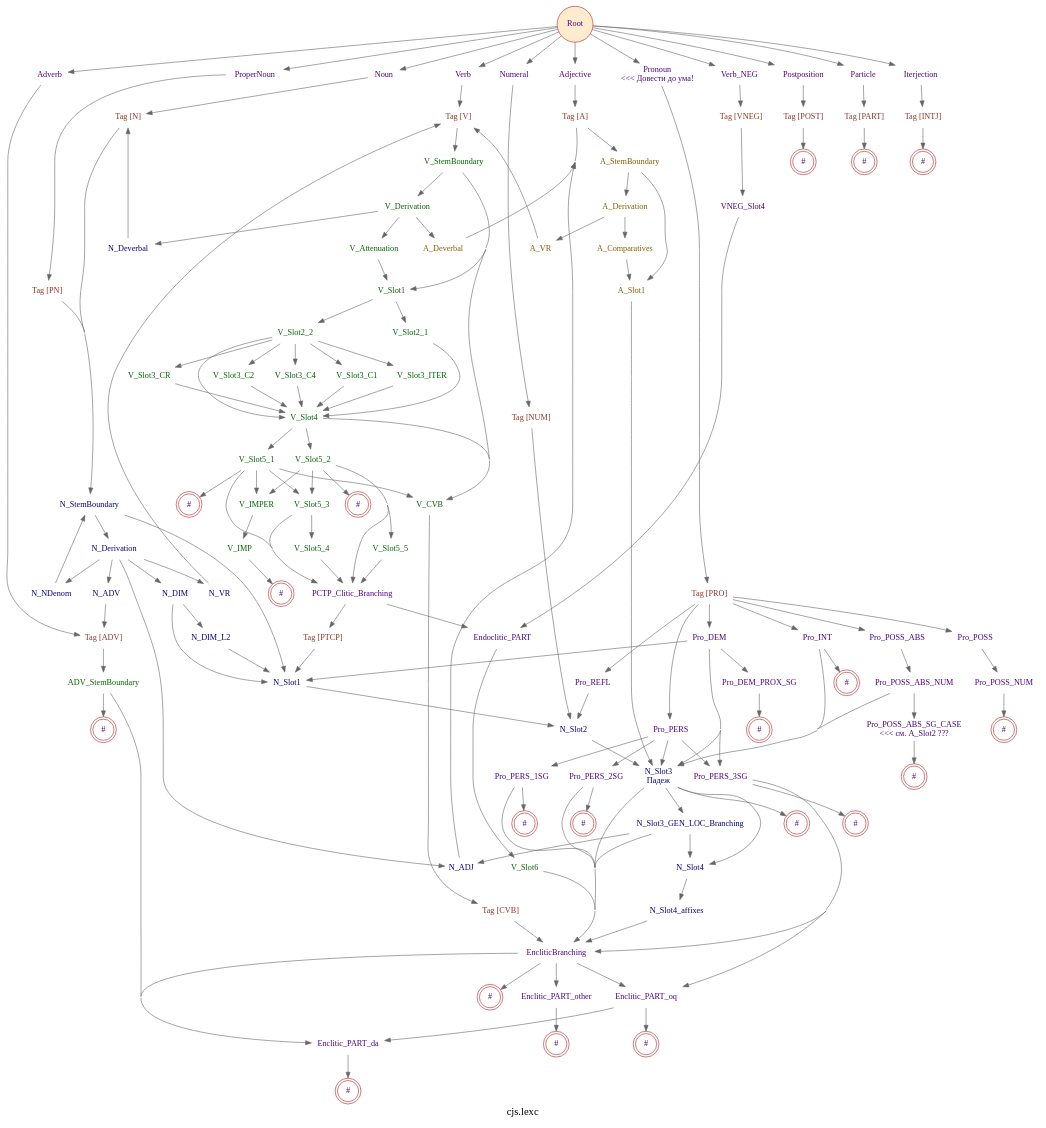
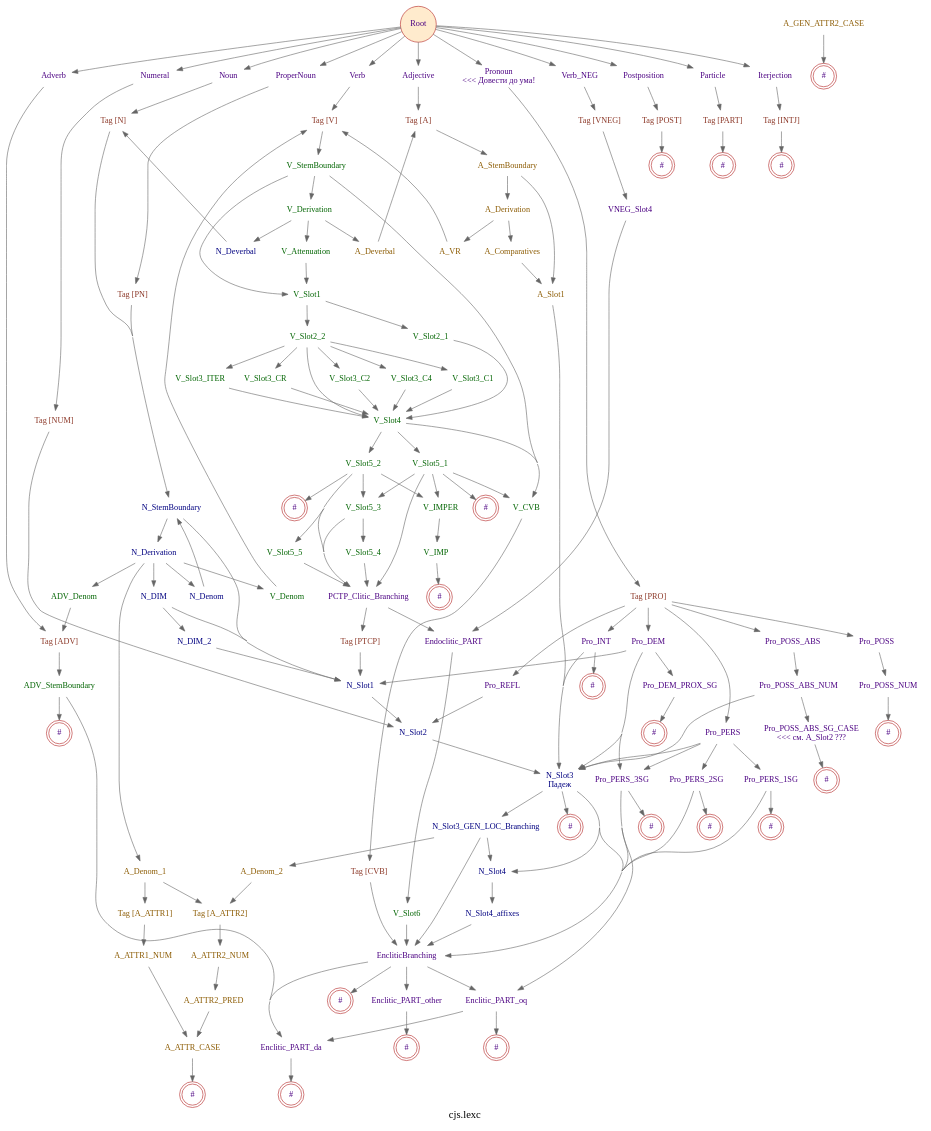
The diagram in doc/cjs.lexc.gv (kyrill-shakhovtsov/cjs-morphology-fst), drawn with Graphviz before and after one commit. The commit also changed 10 other files, not shown here.

```diff
--- a/doc/cjs.lexc.gv
+++ b/doc/cjs.lexc.gv
@@ -11,6 +11,15 @@
 		shape=none
 	];
 	edge [color=gray40];
+	subgraph Tags {
+		graph [rank=same];
+		Tag_N	[fontcolor=tomato4,
+			label="Tag [N]"];
+		Tag_V	[fontcolor=tomato4,
+			label="Tag [V]"];
+		Tag_A	[fontcolor=tomato4,
+			label="Tag [A]"];
+	}
 	subgraph POS {
 		graph [rank=same];
 		Noun	[label=Noun];
@@ -24,15 +33,6 @@
 		Adverb	[label=Adverb];
 		Particle	[label=Particle];
 		Iterjection	[label=Iterjection];
-	}
-	subgraph Tags {
-		graph [rank=same];
-		Tag_N	[fontcolor=tomato4,
-			label="Tag [N]"];
-		Tag_V	[fontcolor=tomato4,
-			label="Tag [V]"];
-		Tag_A	[fontcolor=tomato4,
-			label="Tag [A]"];
 	}
 	Root	[color=firebrick,
 		fillcolor=blanchedalmond,
@@ -255,26 +255,31 @@
 	N_DIM	[fontcolor=navy,
 		label=N_DIM];
 	N_Derivation -> N_DIM;
-	N_ADJ	[fontcolor=navy,
-		label=N_ADJ];
-	N_Derivation -> N_ADJ;
-	N_NDenom	[fontcolor=navy,
-		label=N_NDenom];
-	N_Derivation -> N_NDenom;
-	N_VR	[fontcolor=navy,
-		label=N_VR];
-	N_Derivation -> N_VR;
-	N_ADV	[fontcolor=navy,
-		label=N_ADV];
-	N_Derivation -> N_ADV;
+	A_Denom_1	[fontcolor=orange4,
+		label=A_Denom_1];
+	N_Derivation -> A_Denom_1;
+	N_Denom	[fontcolor=navy,
+		label=N_Denom];
+	N_Derivation -> N_Denom;
+	V_Denom	[fontcolor=darkgreen,
+		label=V_Denom];
+	N_Derivation -> V_Denom;
+	ADV_Denom	[fontcolor=darkgreen,
+		label=ADV_Denom];
+	N_Derivation -> ADV_Denom;
 	N_DIM -> N_Slot1;
-	N_DIM_L2	[fontcolor=navy,
-		label=N_DIM_L2];
-	N_DIM -> N_DIM_L2;
-	N_ADJ -> Tag_A;
-	N_NDenom -> N_StemBoundary;
-	N_VR -> Tag_V;
-	N_ADV -> Tag_ADV;
+	N_DIM_2	[fontcolor=navy,
+		label=N_DIM_2];
+	N_DIM -> N_DIM_2;
+	Tag_A_ATTR1	[fontcolor=orange4,
+		label="Tag [A_ATTR1]"];
+	A_Denom_1 -> Tag_A_ATTR1;
+	Tag_A_ATTR2	[fontcolor=orange4,
+		label="Tag [A_ATTR2]"];
+	A_Denom_1 -> Tag_A_ATTR2;
+	N_Denom -> N_StemBoundary;
+	V_Denom -> Tag_V;
+	ADV_Denom -> Tag_ADV;
 	N_Slot3	[fontcolor=navy,
 		label="N_Slot3\nПадеж"];
 	N_Slot2 -> N_Slot3;
@@ -290,13 +295,22 @@
 		label=N_Slot4];
 	N_Slot3 -> N_Slot4;
 	N_Slot3_GEN_LOC_Branching -> EncliticBranching;
-	N_Slot3_GEN_LOC_Branching -> N_ADJ;
 	N_Slot3_GEN_LOC_Branching -> N_Slot4;
+	A_Denom_2	[fontcolor=orange4,
+		label=A_Denom_2];
+	N_Slot3_GEN_LOC_Branching -> A_Denom_2;
 	N_Slot4_affixes	[fontcolor=navy,
 		label=N_Slot4_affixes];
 	N_Slot4 -> N_Slot4_affixes;
+	A_Denom_2 -> Tag_A_ATTR2;
 	N_Slot4_affixes -> EncliticBranching;
-	N_DIM_L2 -> N_Slot1;
+	N_DIM_2 -> N_Slot1;
+	A_ATTR1_NUM	[fontcolor=orange4,
+		label=A_ATTR1_NUM];
+	Tag_A_ATTR1 -> A_ATTR1_NUM;
+	A_ATTR2_NUM	[fontcolor=orange4,
+		label=A_ATTR2_NUM];
+	Tag_A_ATTR2 -> A_ATTR2_NUM;
 	A_Derivation	[fontcolor=orange4,
 		label=A_Derivation];
 	A_StemBoundary -> A_Derivation;
@@ -310,6 +324,23 @@
 		label=A_Comparatives];
 	A_Derivation -> A_Comparatives;
 	A_Slot1 -> N_Slot3;
+	A_ATTR_CASE	[fontcolor=orange4,
+		label=A_ATTR_CASE];
+	A_ATTR1_NUM -> A_ATTR_CASE;
+	"A_ATTR_CASE_#"	[color=firebrick,
+		label="#",
+		shape=doublecircle];
+	A_ATTR_CASE -> "A_ATTR_CASE_#";
+	A_ATTR2_PRED	[fontcolor=orange4,
+		label=A_ATTR2_PRED];
+	A_ATTR2_NUM -> A_ATTR2_PRED;
+	A_ATTR2_PRED -> A_ATTR_CASE;
+	A_GEN_ATTR2_CASE	[fontcolor=orange4,
+		label=A_GEN_ATTR2_CASE];
+	"A_GEN_ATTR2_CASE_#"	[color=firebrick,
+		label="#",
+		shape=doublecircle];
+	A_GEN_ATTR2_CASE -> "A_GEN_ATTR2_CASE_#";
 	A_VR -> Tag_V;
 	A_Comparatives -> A_Slot1;
 	Pro_PERS	[label=Pro_PERS];
```
